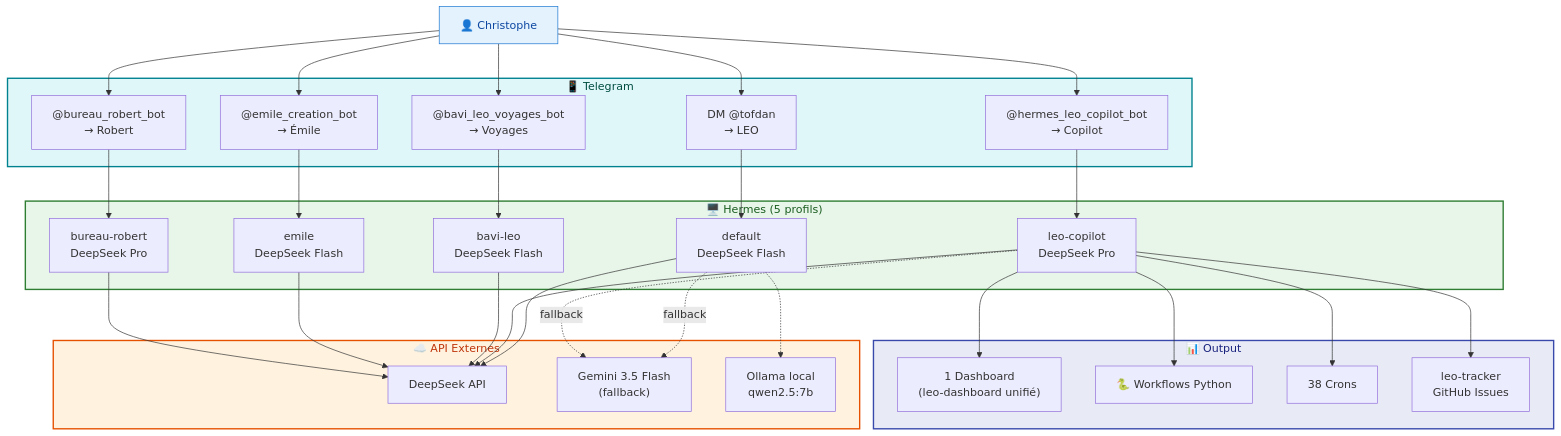
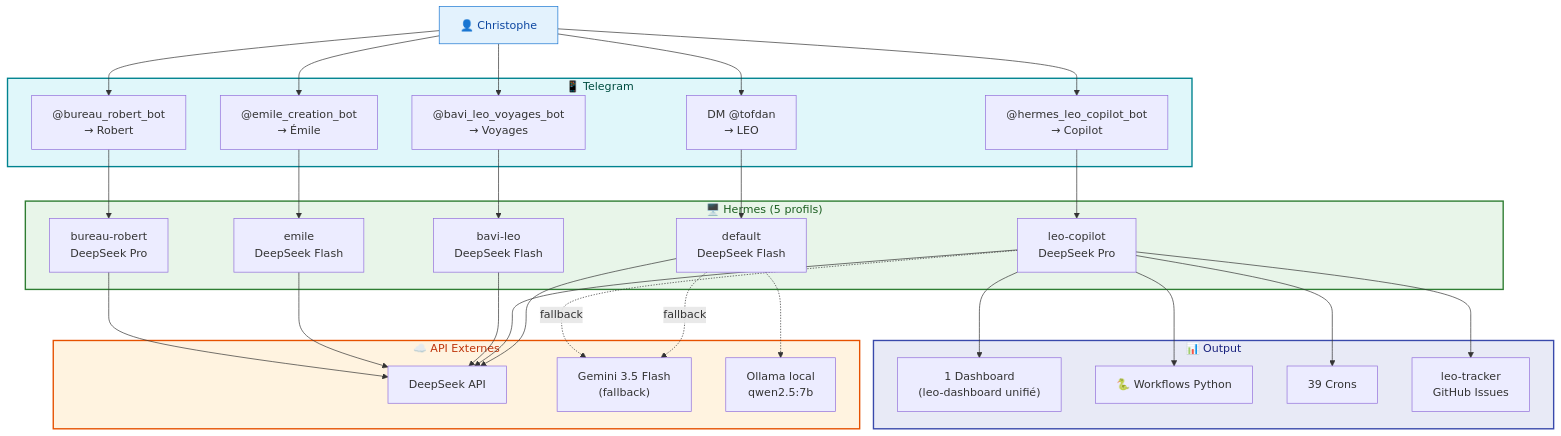
The fifth of 5 diagrams in docs/hermes/architecture-communication.md (christophedanhier-hash/hermes-wiki), drawn with Mermaid before and after one commit. The commit also changed other lines of this file and 2 other files, not shown here.

Commit message:
🤖 Audit rédactionnel — correctif 38→39 (sed: architecture-comm, etat-des-lieux, profiles)

````diff
--- a/docs/hermes/architecture-communication.md
+++ b/docs/hermes/architecture-communication.md
@@ -209,66 +209,66 @@
 ```mermaid
 flowchart TB
     User["👤 Christophe"]
 
     subgraph TELEGRAM["📱 Telegram"]
         DM["DM @tofdan<br/>→ LEO"]
         COP["@hermes_leo_copilot_bot<br/>→ Copilot"]
         VOY["@bavi_leo_voyages_bot<br/>→ Voyages"]
         EMI["@emile_creation_bot<br/>→ Émile"]
         ROB["@bureau_robert_bot<br/>→ Robert"]
     end
 
     subgraph HERMES["🖥️ Hermes (5 profils)"]
         DEF["default<br/>DeepSeek Flash"]
         LCP["leo-copilot<br/>DeepSeek Pro"]
         BAV["bavi-leo<br/>DeepSeek Flash"]
         EMILE["emile<br/>DeepSeek Flash"]
         BUR["bureau-robert<br/>DeepSeek Pro"]
     end
 
     subgraph API["☁️ API Externes"]
         DS["DeepSeek API"]
         GEM["Gemini 3.5 Flash<br/>(fallback)"]
         OLL["Ollama local<br/>qwen2.5:7b"]
     end
 
     subgraph OUTPUT["📊 Output"]
         DASH["1 Dashboard<br/>(leo-dashboard unifié)"]
         WFL["🐍 Workflows Python"]
-        CRON["38 Crons"]
+        CRON["39 Crons"]
         ISSUES["leo-tracker<br/>GitHub Issues"]
     end
 
     User --> DM
     User --> COP
     User --> VOY
     User --> EMI
     User --> ROB
 
     DM --> DEF
     COP --> LCP
     VOY --> BAV
     EMI --> EMILE
     ROB --> BUR
 
     DEF --> DS
     LCP --> DS
     BAV --> DS
     EMILE --> DS
     BUR --> DS
 
     DEF -.->|"fallback"| GEM
     DEF -.-> OLL
     LCP -.->|"fallback"| GEM
 
     LCP --> DASH
     LCP --> WFL
     LCP --> CRON
     LCP --> ISSUES
 
     style User fill:#e3f2fd,stroke:#1976d2,color:#0d47a1
     style TELEGRAM fill:#e0f7fa,stroke:#00838f,stroke-width:2px,color:#004d40
     style HERMES fill:#e8f5e9,stroke:#2e7d32,stroke-width:2px,color:#1b5e20
     style API fill:#fff3e0,stroke:#e65100,stroke-width:2px,color:#bf360c
     style OUTPUT fill:#e8eaf6,stroke:#3949ab,stroke-width:2px,color:#1a237e
 ```
````
